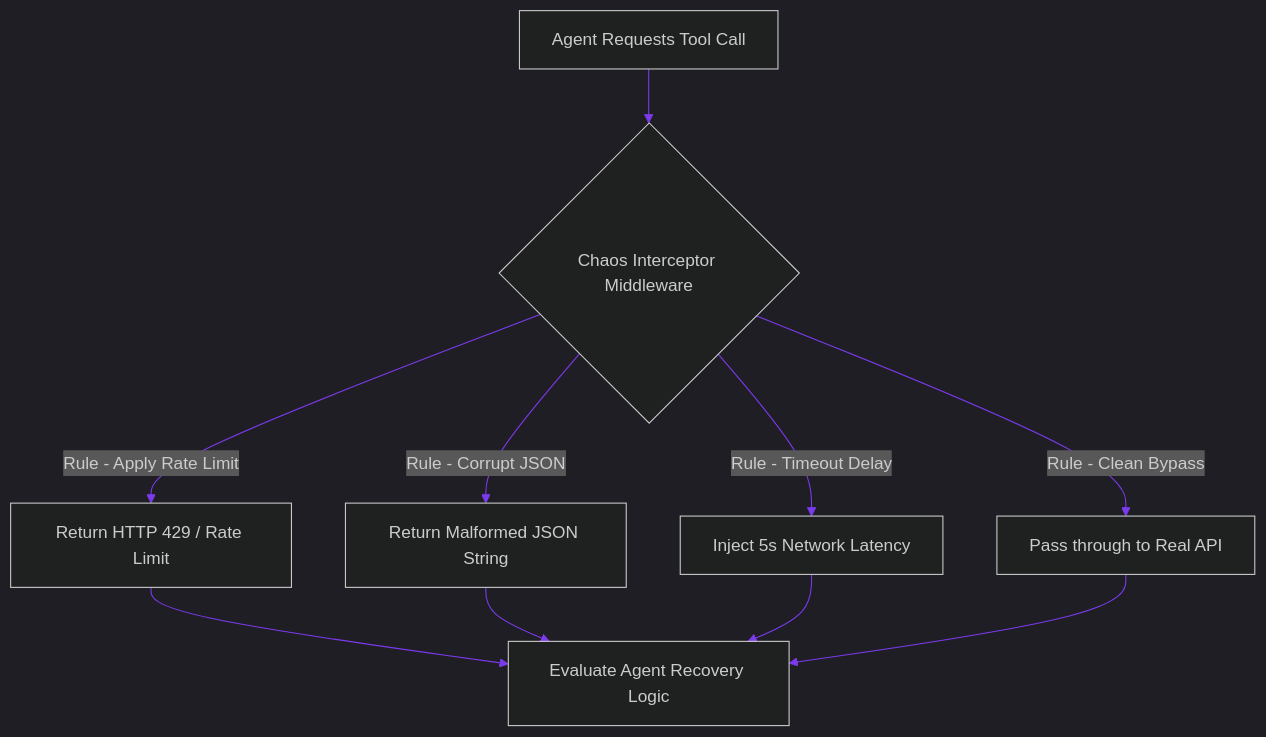
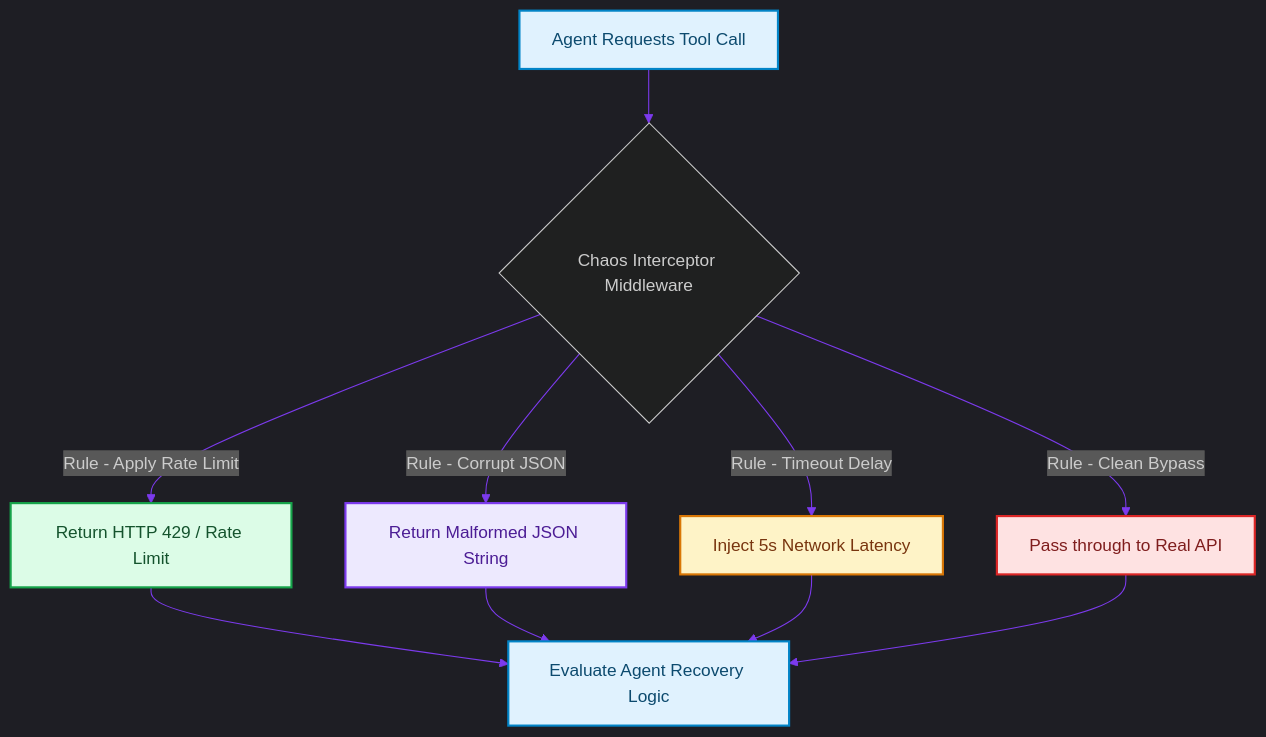
Before and after one commit to akmalkhaniub/akmalkhaniub.github.io: the diagram in blog/posts/system-design-chaos-engineering-agent-failures.md, drawn with Mermaid. The commit also changed other lines of this file and 1291 other files, not shown here.

First line of the commit message:
feat(catalog): unique covers, scholarly references, and diagram palettes

````diff
--- a/blog/posts/system-design-chaos-engineering-agent-failures.md
+++ b/blog/posts/system-design-chaos-engineering-agent-failures.md
@@ -20,15 +20,26 @@
 ```mermaid
 %%{init: {'theme': 'dark', 'themeVariables': { 'primaryColor': '#7c3aed', 'primaryTextColor': '#f3f4f6', 'primaryBorderColor': '#a78bfa', 'lineColor': '#7c3aed', 'secondaryColor': '#111827', 'tertiaryColor': '#0b0f19'}}}%%
 flowchart TD
-    Agent[Agent Requests Tool Call] --> Interceptor{Chaos Interceptor Middleware}
+    Agent["Agent Requests Tool Call"] --> Interceptor{Chaos Interceptor Middleware}
     
-    Interceptor -->|Rule - Apply Rate Limit| Mock429[Return HTTP 429 / Rate Limit]
-    Interceptor -->|Rule - Corrupt JSON| MockCorrupt[Return Malformed JSON String]
-    Interceptor -->|Rule - Timeout Delay| Delay[Inject 5s Network Latency]
-    Interceptor -->|Rule - Clean Bypass| API[Pass through to Real API]
+    Interceptor -->|Rule - Apply Rate Limit| Mock429["Return HTTP 429 / Rate Limit"]
+    Interceptor -->|Rule - Corrupt JSON| MockCorrupt["Return Malformed JSON String"]
+    Interceptor -->|Rule - Timeout Delay| Delay["Inject 5s Network Latency"]
+    Interceptor -->|Rule - Clean Bypass| API["Pass through to Real API"]
     
-    Mock429 --> Eval[Evaluate Agent Recovery Logic]
+    Mock429 --> Eval["Evaluate Agent Recovery Logic"]
     MockCorrupt --> Eval
     Delay --> Eval
     API --> Eval
+
+classDef green fill:#dcfce7,stroke:#16a34a,stroke-width:2px,color:#14532d;
+classDef red fill:#fee2e2,stroke:#dc2626,stroke-width:2px,color:#7f1d1d;
+classDef blue fill:#e0f2fe,stroke:#0284c7,stroke-width:2px,color:#0c4a6e;
+classDef yellow fill:#fef3c7,stroke:#d97706,stroke-width:2px,color:#78350f;
+classDef purple fill:#ede9fe,stroke:#7c3aed,stroke-width:2px,color:#4c1d95;
+class Agent,Eval blue
+class Mock429 green
+class MockCorrupt purple
+class Delay yellow
+class API red
 ```
````
